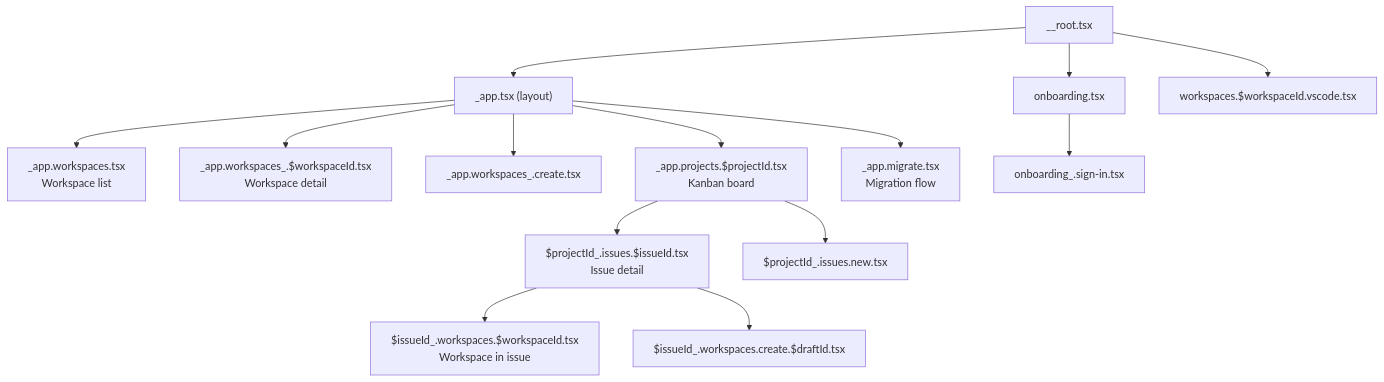
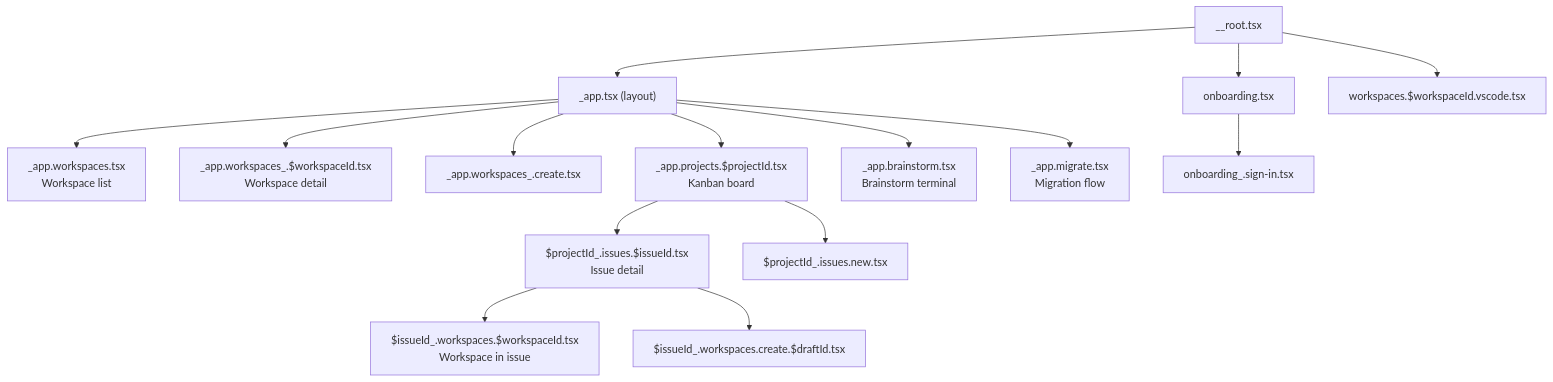
The second of 5 diagrams in ai/memory/component-map.md (AhSnahp/vibe-kanban), drawn with Mermaid before and after one commit. The commit also changed other lines of this file and 5 other files, not shown here.

````diff
--- a/ai/memory/component-map.md
+++ b/ai/memory/component-map.md
@@ -46,21 +46,22 @@
 ```mermaid
 graph TB
     ROOT["__root.tsx"]
     APP["_app.tsx (layout)"]
     ROOT --> APP
 
     APP --> WORKSPACES["_app.workspaces.tsx<br/>Workspace list"]
     APP --> WS_DETAIL["_app.workspaces_.$workspaceId.tsx<br/>Workspace detail"]
     APP --> WS_CREATE["_app.workspaces_.create.tsx"]
     APP --> PROJECT["_app.projects.$projectId.tsx<br/>Kanban board"]
+    APP --> BRAINSTORM["_app.brainstorm.tsx<br/>Brainstorm terminal"]
     APP --> MIGRATE["_app.migrate.tsx<br/>Migration flow"]
 
     PROJECT --> ISSUE["$projectId_.issues.$issueId.tsx<br/>Issue detail"]
     PROJECT --> NEW_ISSUE["$projectId_.issues.new.tsx"]
     ISSUE --> ISSUE_WS["$issueId_.workspaces.$workspaceId.tsx<br/>Workspace in issue"]
     ISSUE --> ISSUE_WS_CREATE["$issueId_.workspaces.create.$draftId.tsx"]
 
     ROOT --> ONBOARD["onboarding.tsx"]
     ONBOARD --> SIGNIN["onboarding_.sign-in.tsx"]
     ROOT --> VSCODE["workspaces.$workspaceId.vscode.tsx"]
 ```
````
